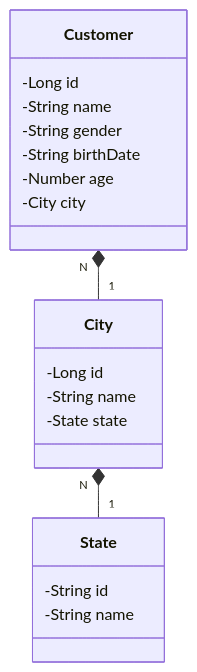
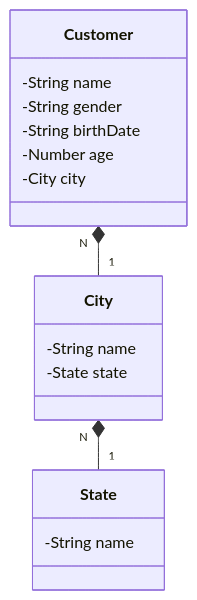
One commit to gitrodrigues1/desafio-rest-api changed the diagram in README.md. Above: the diagram before and after it, drawn with Mermaid.

Commit message:
upd README.md

````diff
--- a/README.md
+++ b/README.md
@@ -25,26 +25,23 @@
 ```mermaid
 classDiagram
     class State {
-        -String id
         -String name
     }
     
     class City {
-        -Long id
         -String name
         -State state
     }
     
     class Customer {
-        -Long id
         -String name
         -String gender 
         -String birthDate
         -Number age
         -City city
     }
     
     Customer "N" *-- "1" City
     City "N" *-- "1" State
     
 ```
````
